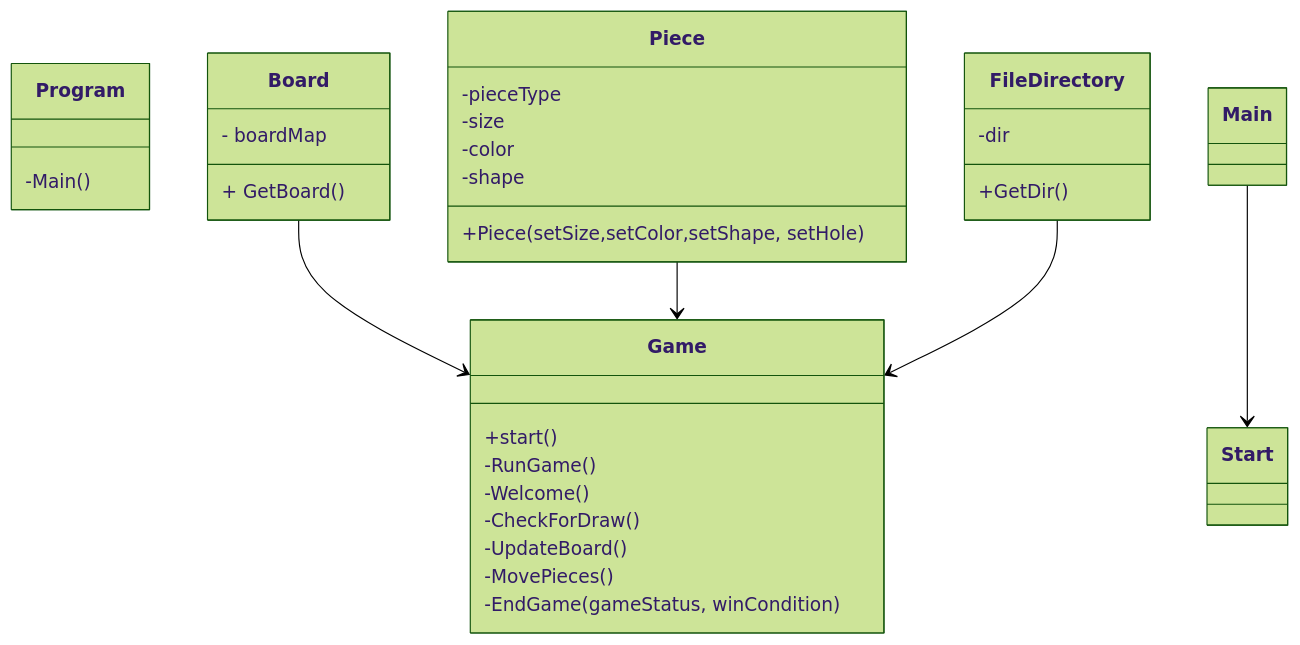
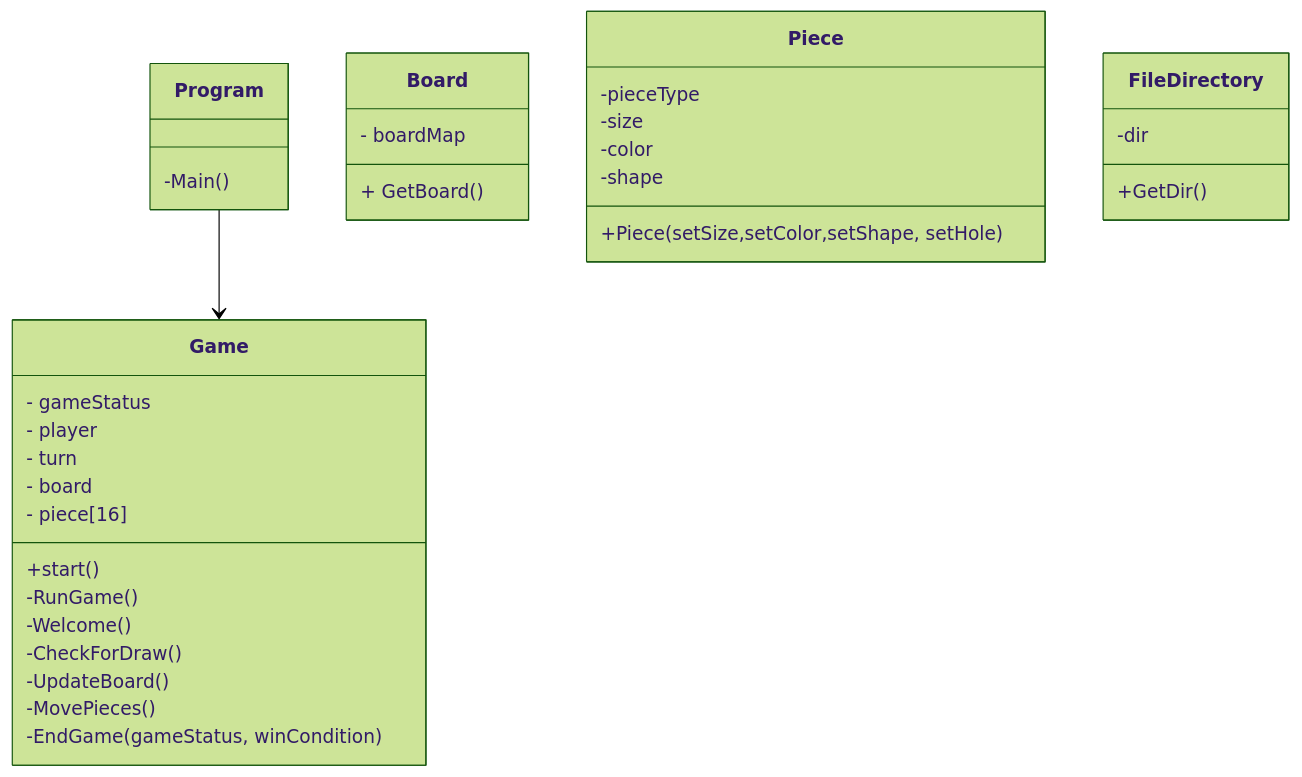
Before and after one commit to bryanb619/GaloDaVelha: the first of 2 diagrams in README.md, drawn with Mermaid (forest theme). The commit also changed other lines of this file and 1 other file, not shown here.

````diff
--- a/README.md
+++ b/README.md
@@ -83,39 +65,41 @@
 ```mermaid
-classDiagram
+classDiagram 
     class Program{
     -Main()
     }
 
     class Game {
+        - gameStatus
+        - player
+        - turn
+        - board
+        - piece[16]
+
         +start()
         -RunGame()
         -Welcome()
         -CheckForDraw()
         -UpdateBoard()
         -MovePieces()
         -EndGame(gameStatus, winCondition)
     }
 
     class Board {
       - boardMap
       + GetBoard()
       
     }
     class Piece {
-      -pieceType
+      -pieceType 
       -size
       -color
       -shape
       +Piece(setSize,setColor,setShape, setHole)
     }
     class FileDirectory {
       -dir
       +GetDir()
     }
-    
-    Main --> Start
-    Board --> Game
-    Piece --> Game
-    FileDirectory --> Game
 
+    Program --> Game
 ```
````
